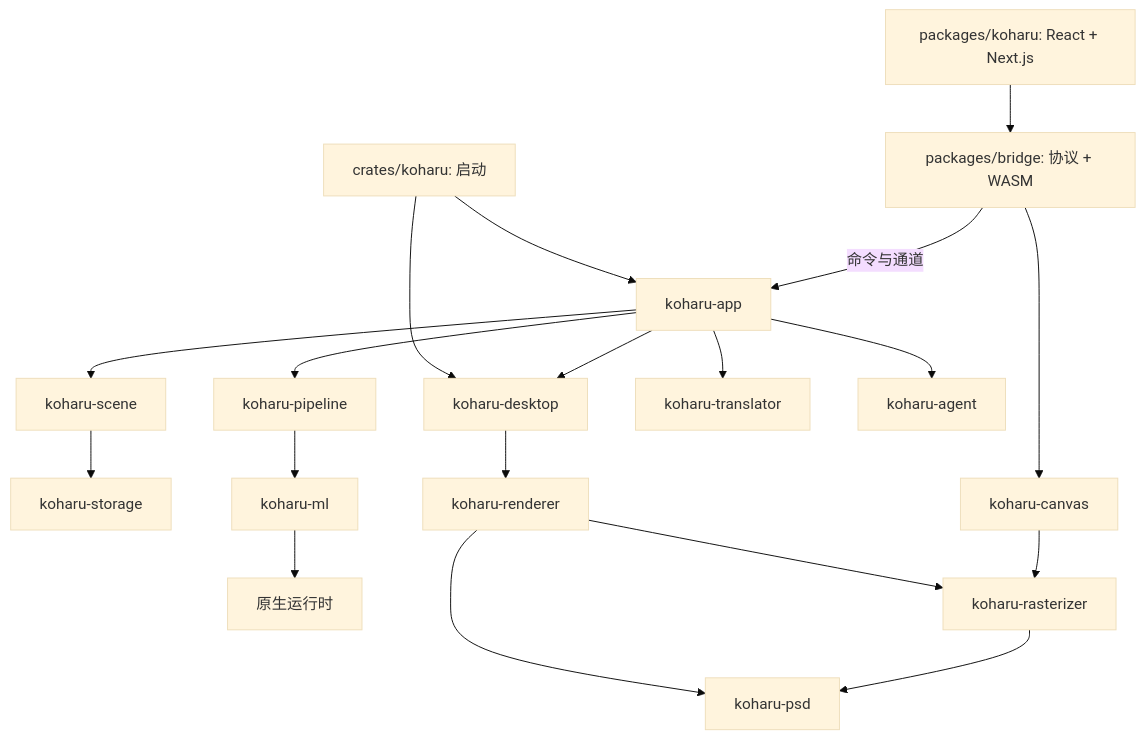
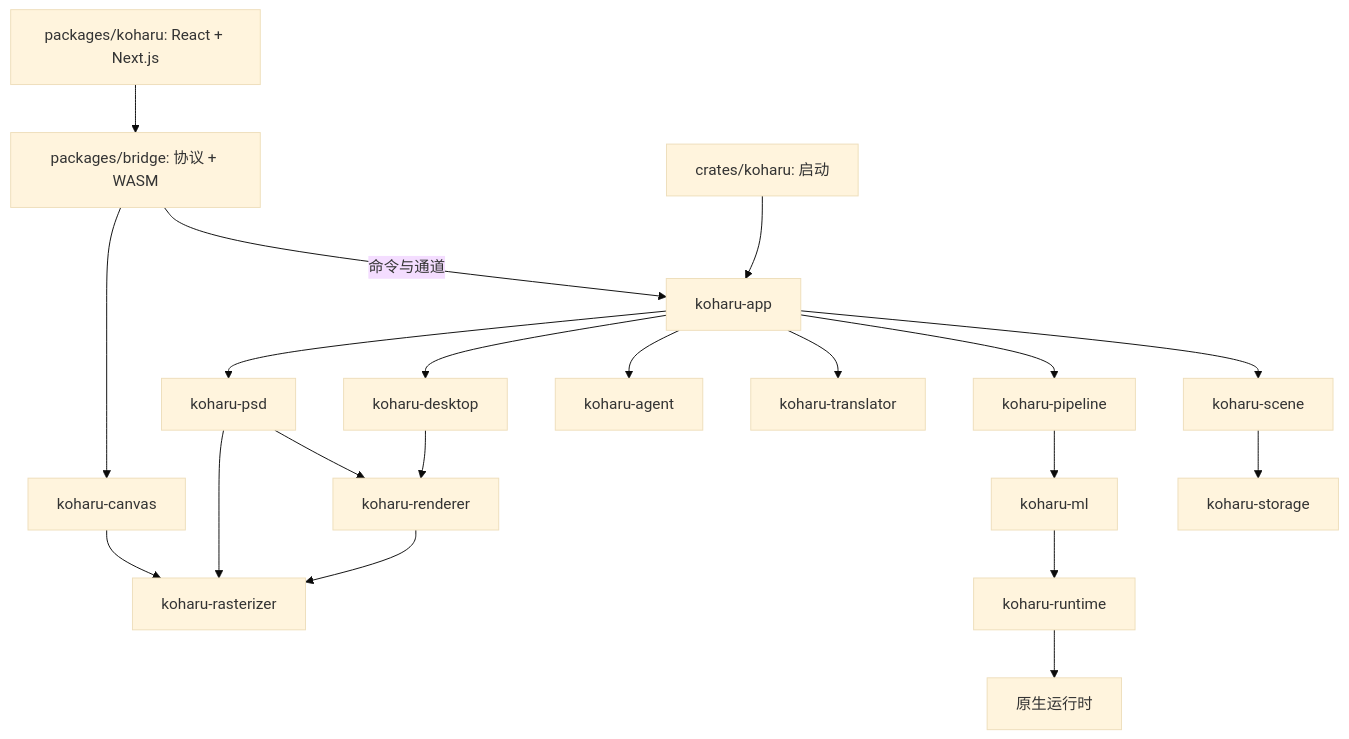
The diagram in packages/docs/zh/development/architecture.mdx (GarryMS/koharu), drawn with Mermaid (base theme) before and after one commit. The commit also changed other lines of this file and 69 other files, not shown here.

````diff
--- a/packages/docs/zh/development/architecture.mdx
+++ b/packages/docs/zh/development/architecture.mdx
@@ -9,15 +9,14 @@
 ```mermaid
 flowchart TB
   ui["packages/koharu: React + Next.js"] --> bridge["packages/bridge: 协议 + WASM"]
   entry["crates/koharu: 启动"] --> app["koharu-app"]
-  entry --> desktop["koharu-desktop"]
   bridge -->|"命令与通道"| app
   app --> scene["koharu-scene"] --> storage["koharu-storage"]
-  app --> pipeline["koharu-pipeline"] --> ml["koharu-ml"] --> runtime["原生运行时"]
+  app --> pipeline["koharu-pipeline"] --> ml["koharu-ml"] --> runtime["koharu-runtime"] --> native["原生运行时"]
   app --> translator["koharu-translator"]
   app --> agent["koharu-agent"]
-  app --> desktop --> renderer["koharu-renderer"] --> rasterizer["koharu-rasterizer"]
+  app --> desktop["koharu-desktop"] --> renderer["koharu-renderer"] --> rasterizer["koharu-rasterizer"]
   bridge --> canvas["koharu-canvas"] --> rasterizer
-  renderer --> psd["koharu-psd"]
-  rasterizer --> psd
+  app --> psd["koharu-psd"] --> renderer
+  psd --> rasterizer
 ```
````
